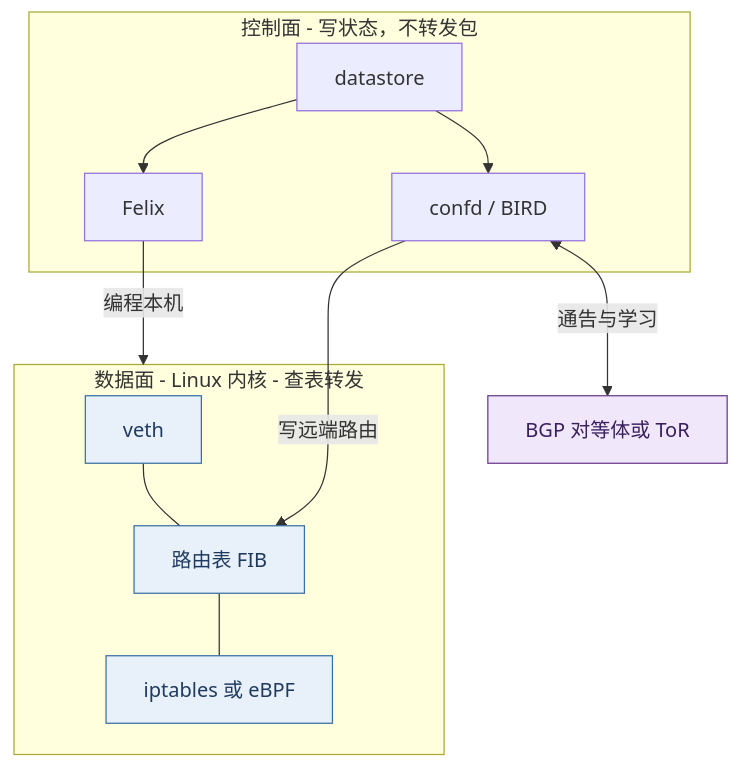
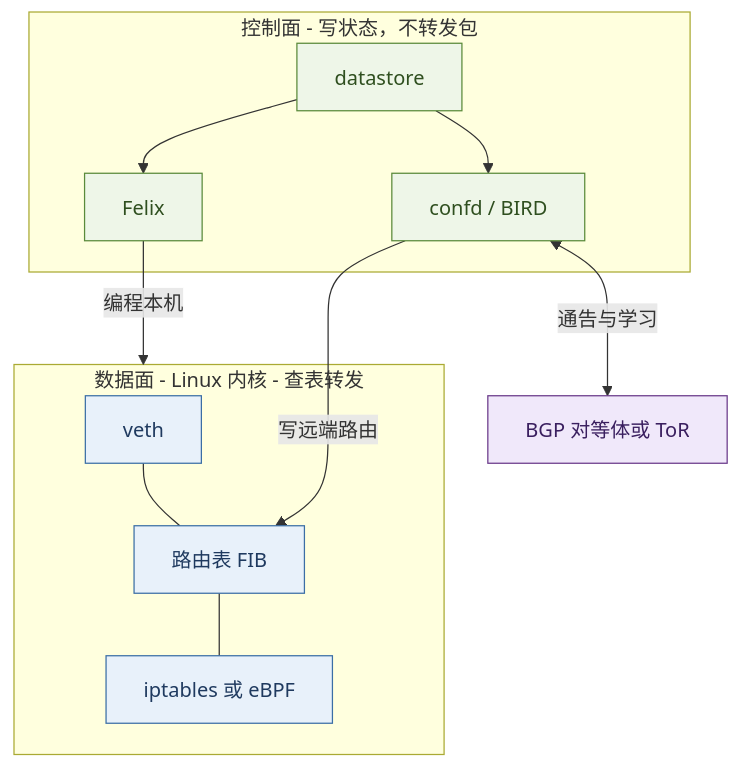
One commit to xiaxinyu/knowledge_base changed the first of 8 diagrams in 20-architecture/24-calico-l3-dataplane-treatise.md. Above: the diagram before and after it, drawn with Mermaid. The commit also changed other lines of this file and 12 other files, not shown here.

````diff
--- a/20-architecture/24-calico-l3-dataplane-treatise.md
+++ b/20-architecture/24-calico-l3-dataplane-treatise.md
@@ -33,27 +35,28 @@
 ```mermaid
 %% Calico 控制面与数据面分离：Felix/BIRD/confd 写入内核，数据面包转发由内核完成
 flowchart TB
+  classDef cp fill:#eef6e8,stroke:#5a8a3a,color:#2f4f1f
   classDef dp fill:#e8f1fa,stroke:#3b6ea5,color:#1f3a5f
   classDef peer fill:#f0e8fa,stroke:#6a3a8a,color:#3a1f5f
 
   subgraph CP["控制面 - 写状态，不转发包"]
     DS["datastore"]:::cp
     Felix["Felix"]:::cp
     BIRD["confd / BIRD"]:::cp
     DS --> Felix
     DS --> BIRD
   end
 
   subgraph DP["数据面 - Linux 内核 - 查表转发"]
     V["veth"]:::dp
     F["路由表 FIB"]:::dp
     A["iptables 或 eBPF"]:::dp
     V --- F
     F --- A
   end
 
   Felix -->|"编程本机"| DP
   BIRD -->|"写远端路由"| F
   Peer["BGP 对等体或 ToR"]:::peer
   BIRD <-->|"通告与学习"| Peer
 ```
````
